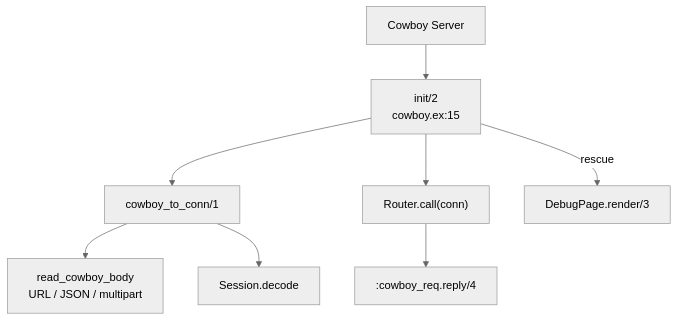
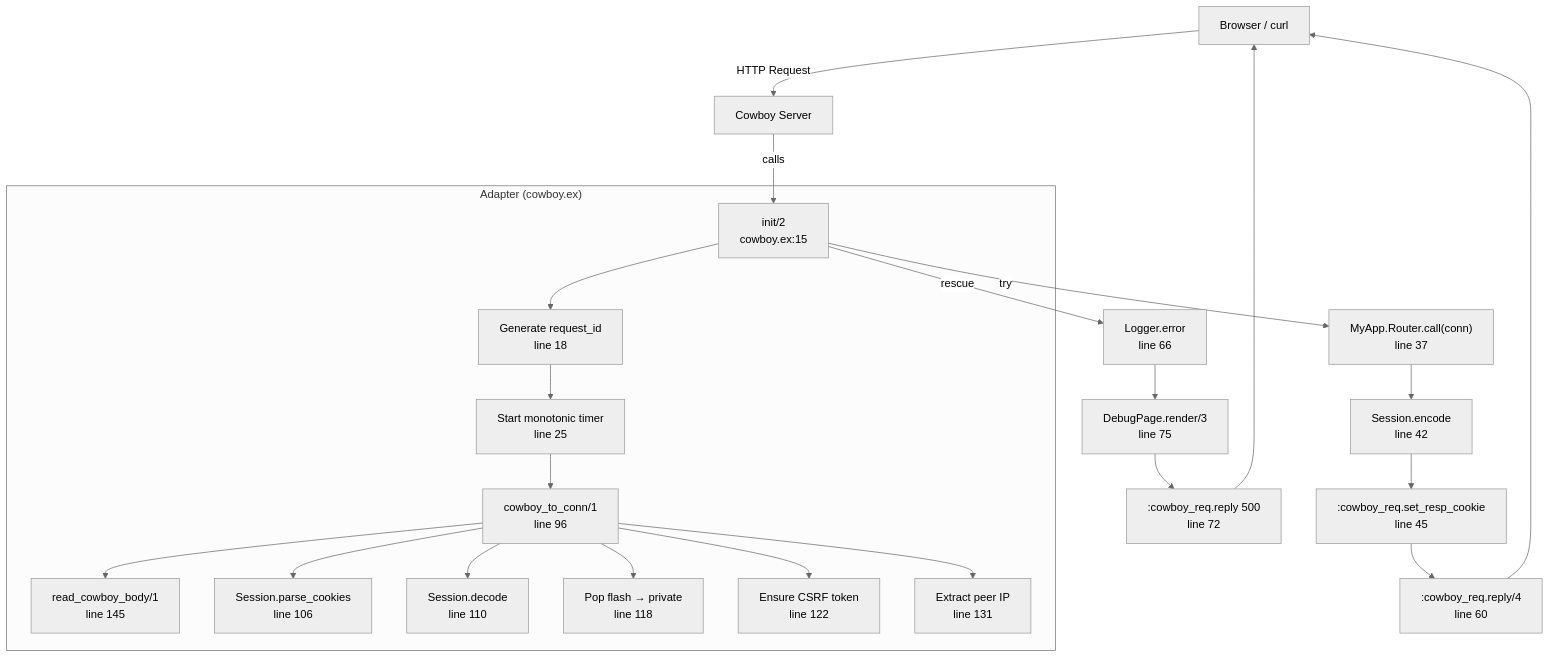
The diagram in course/modules/03-cowboy-adapter.md (rajeshpillai/elixir-byowf), drawn with Mermaid (neutral theme) before and after one commit. The commit also changed other lines of this file and 26 other files, not shown here.

````diff
--- a/course/modules/03-cowboy-adapter.md
+++ b/course/modules/03-cowboy-adapter.md
@@ -21,12 +21,31 @@
 ```mermaid
 graph TD
-    Cowboy["Cowboy Server"] --> Init["init/2<br/>cowboy.ex:15"]
-    Init --> Build["cowboy_to_conn/1"]
-    Build --> Body["read_cowboy_body<br/>URL / JSON / multipart"]
-    Build --> Sess["Session.decode"]
-    Init --> Route["Router.call(conn)"]
-    Route --> Reply[":cowboy_req.reply/4"]
-    Init -->|rescue| Debug["DebugPage.render/3"]
-    click Route "?page=modules/02-router-dsl.md" "Router"
-    click Debug "?page=modules/11-devtools.md" "DevTools"
+    Client["Browser / curl"] -->|HTTP Request| Cowboy["Cowboy Server"]
+    Cowboy -->|calls| Init["init/2<br/>cowboy.ex:15"]
+
+    subgraph "Adapter (cowboy.ex)"
+        Init --> ReqID["Generate request_id<br/>line 18"]
+        ReqID --> Timer["Start monotonic timer<br/>line 25"]
+        Timer --> Build["cowboy_to_conn/1<br/>line 96"]
+        Build --> ReadBody["read_cowboy_body/1<br/>line 145"]
+        Build --> ParseCookies["Session.parse_cookies<br/>line 106"]
+        Build --> DecodeSession["Session.decode<br/>line 110"]
+        Build --> PopFlash["Pop flash → private<br/>line 118"]
+        Build --> CSRF["Ensure CSRF token<br/>line 122"]
+        Build --> PeerIP["Extract peer IP<br/>line 131"]
+    end
+
+    Init -->|try| Route["MyApp.Router.call(conn)<br/>line 37"]
+    Route --> EncodeSess["Session.encode<br/>line 42"]
+    EncodeSess --> SetCookie[":cowboy_req.set_resp_cookie<br/>line 45"]
+    SetCookie --> Reply[":cowboy_req.reply/4<br/>line 60"]
+
+    Init -->|rescue| LogError["Logger.error<br/>line 66"]
+    LogError --> DebugPage["DebugPage.render/3<br/>line 75"]
+    DebugPage --> ErrorReply[":cowboy_req.reply 500<br/>line 72"]
+
+    Reply --> Client
+    ErrorReply --> Client
+
+    click Route "?page=modules/02-router-dsl.md" "Router DSL"
 ```
````
